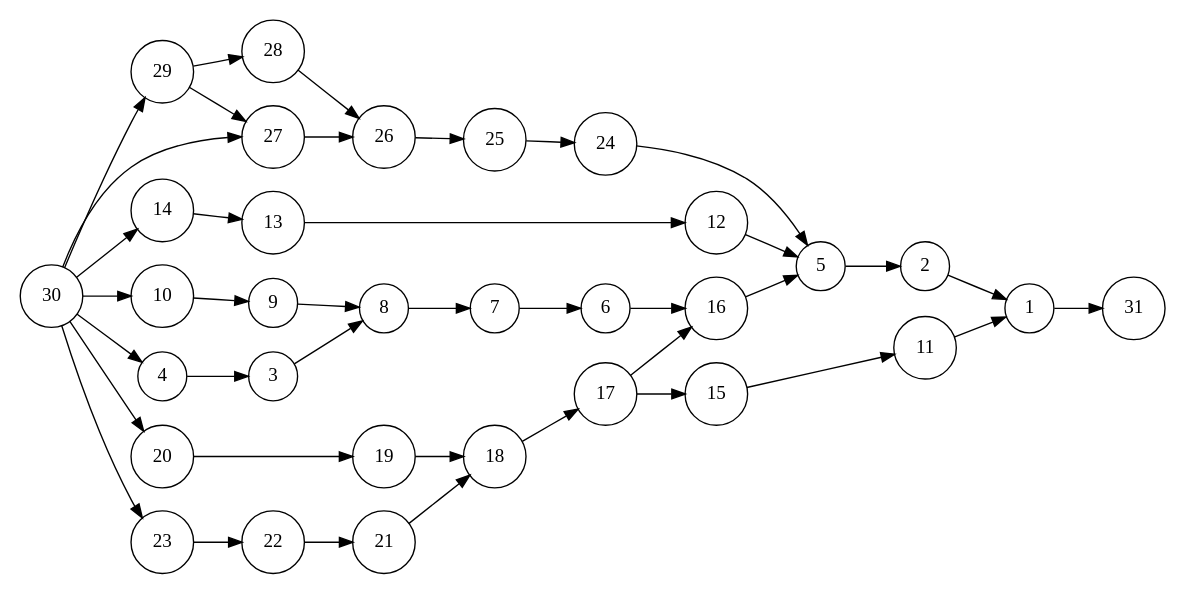
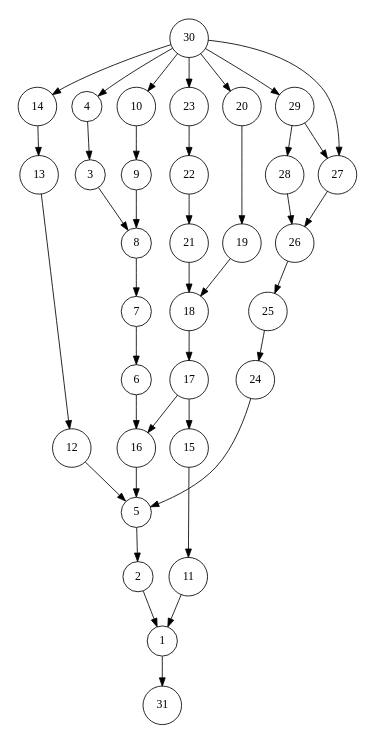
Before and after one commit to DevinThomas185/SRA-Coursework: the diagram in dag.gv, drawn with Graphviz. The commit also changed 7 other files, not shown here.

```diff
--- a/dag.gv
+++ b/dag.gv
@@ -1,73 +1,73 @@
 digraph G {
-	rankdir=LR size="8,5"
+	rankdir=TB size="8,5"
 	node [shape=circle]
 	1
 	2
 	3
 	4
 	5
 	6
 	7
 	8
 	9
 	10
 	11
 	12
 	13
 	14
 	15
 	16
 	17
 	18
 	19
 	20
 	21
 	22
 	23
 	24
 	25
 	26
 	27
 	28
 	29
 	30
 	31
 	1 -> 31
 	2 -> 1
 	3 -> 8
 	4 -> 3
 	5 -> 2
 	6 -> 16
 	7 -> 6
 	8 -> 7
 	9 -> 8
 	10 -> 9
 	11 -> 1
 	12 -> 5
 	13 -> 12
 	14 -> 13
 	15 -> 11
 	16 -> 5
 	17 -> 15
 	17 -> 16
 	18 -> 17
 	19 -> 18
 	20 -> 19
 	21 -> 18
 	22 -> 21
 	23 -> 22
 	24 -> 5
 	25 -> 24
 	26 -> 25
 	27 -> 26
 	28 -> 26
 	29 -> 27
 	29 -> 28
 	30 -> 4
 	30 -> 10
 	30 -> 14
 	30 -> 20
 	30 -> 23
 	30 -> 27
 	30 -> 29
 }
```
